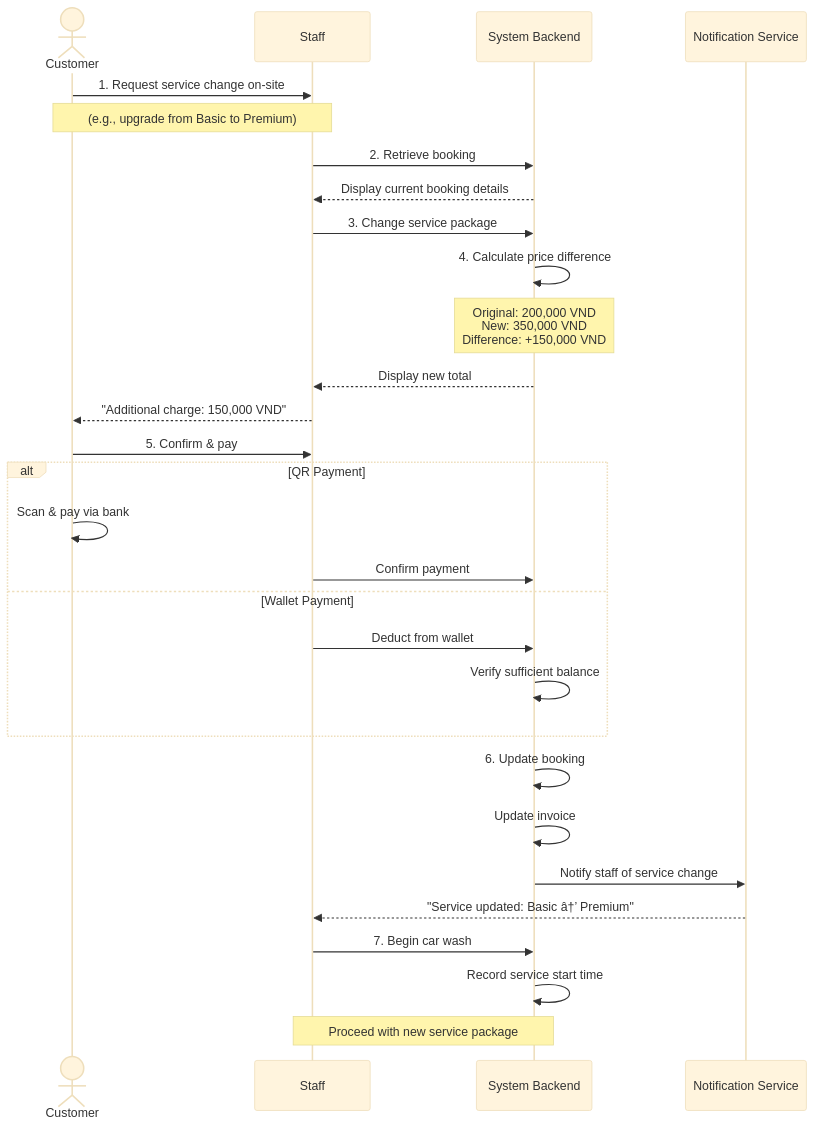
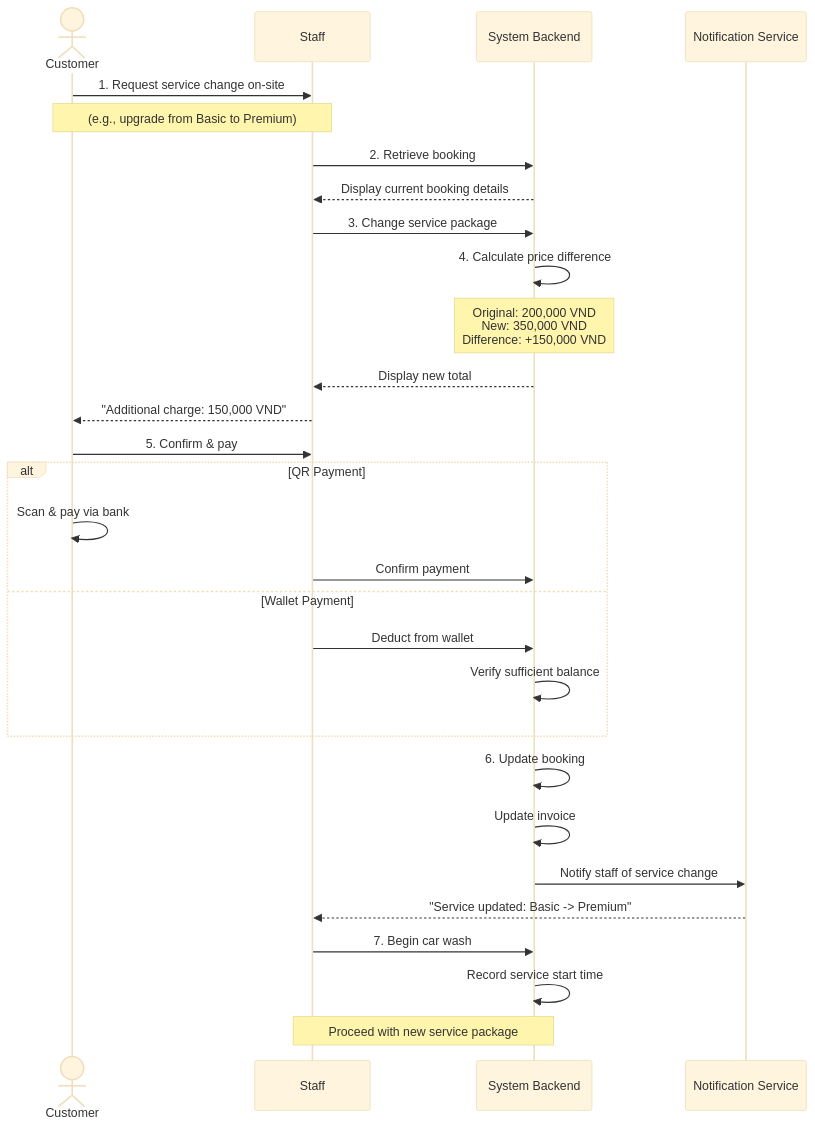
Before and after one commit to nguyenvuanhmy2708-sketch/autowash-pro: the sixth of 6 diagrams in MAIN_FLOWS.md, drawn with Mermaid (base theme). The commit also changed other lines of this file, not shown here.

````diff
--- a/MAIN_FLOWS.md
+++ b/MAIN_FLOWS.md
@@ -293,41 +293,41 @@
 ```mermaid
 sequenceDiagram
     actor Customer
     participant Staff
     participant System as System Backend
     participant Notification as Notification Service
     
     Customer->>Staff: 1. Request service change on-site
     Note over Customer,Staff: (e.g., upgrade from Basic to Premium)
     
     Staff->>System: 2. Retrieve booking
     System-->>Staff: Display current booking details
     
     Staff->>System: 3. Change service package
     System->>System: 4. Calculate price difference
     Note over System: Original: 200,000 VND<br/>New: 350,000 VND<br/>Difference: +150,000 VND
     
     System-->>Staff: Display new total
     Staff-->>Customer: "Additional charge: 150,000 VND"
     
     Customer->>Staff: 5. Confirm & pay
     
     alt QR Payment
         Customer->>Customer: Scan & pay via bank
         Staff->>System: Confirm payment
     else Wallet Payment
         Staff->>System: Deduct from wallet
         System->>System: Verify sufficient balance
     end
     
     System->>System: 6. Update booking
     System->>System: Update invoice
     
     System->>Notification: Notify staff of service change
-    Notification-->>Staff: "Service updated: Basic â†’ Premium"
+    Notification-->>Staff: "Service updated: Basic -> Premium"
     
     Staff->>System: 7. Begin car wash
     System->>System: Record service start time
     
     Note over Staff,System: Proceed with new service package
 ```
````
